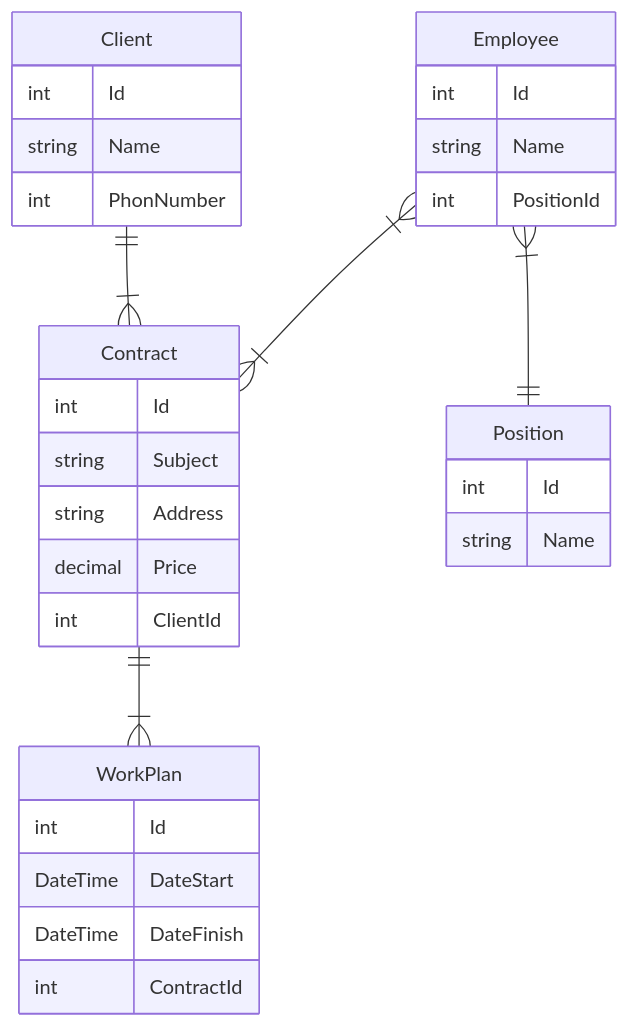
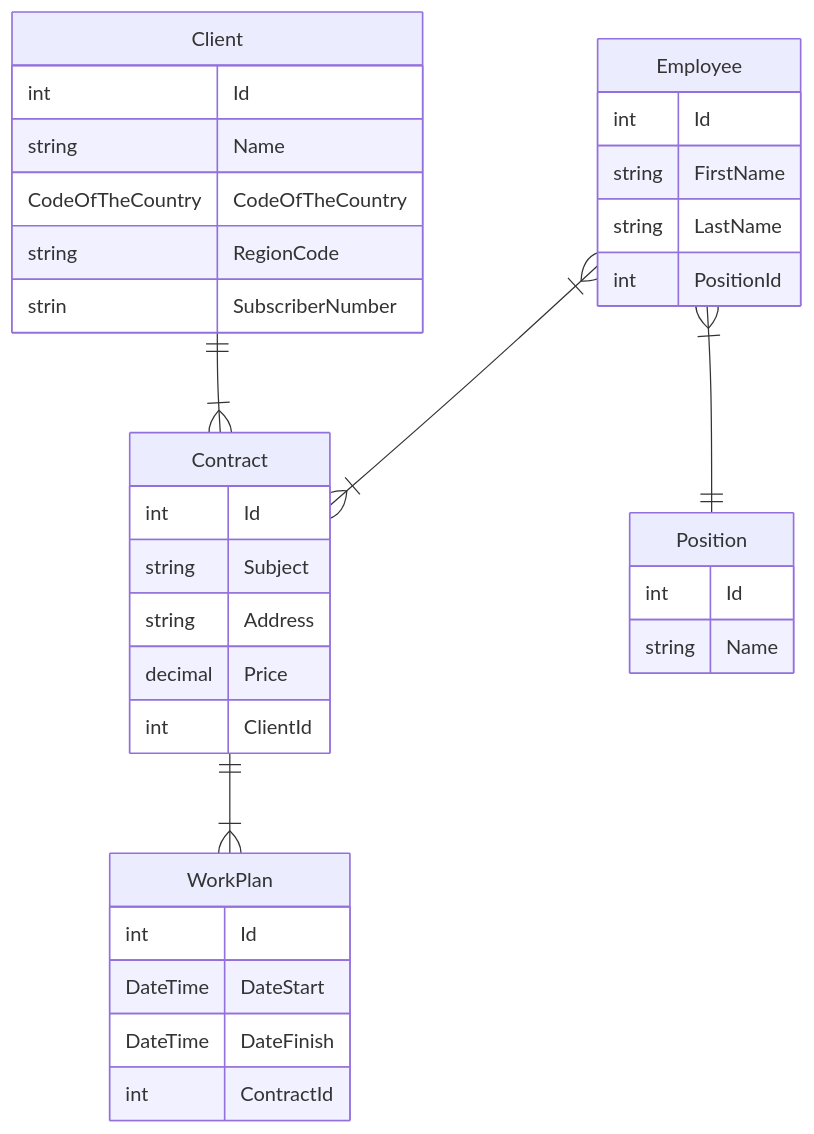
The diagram in README.md (KondratenkoDV/CRM), drawn with Mermaid before and after one commit.

````diff
--- a/README.md
+++ b/README.md
@@ -1,39 +1,42 @@
 ```mermaid
 erDiagram
   Employee }|--|{ Contract : ""
   Client ||--|{ Contract : ""
   Contract ||--|{ WorkPlan : ""
   Employee }|--|| Position : ""
   
   Employee{
       int Id
-      string Name
+      string FirstName
+      string LastName
       int PositionId
   }
 
   Client{
       int Id
       string Name
-      int PhonNumber
+      СodeOfTheCountry СodeOfTheCountry
+      string RegionCode
+      strin SubscriberNumber
   }
 
   Contract{
       int Id
       string Subject
       string Address
       decimal Price
       int ClientId
   }
 
   WorkPlan{
       int Id
       DateTime DateStart
       DateTime DateFinish
       int ContractId
   }
   
   Position{
       int Id
       string Name
   }
   ```
````
